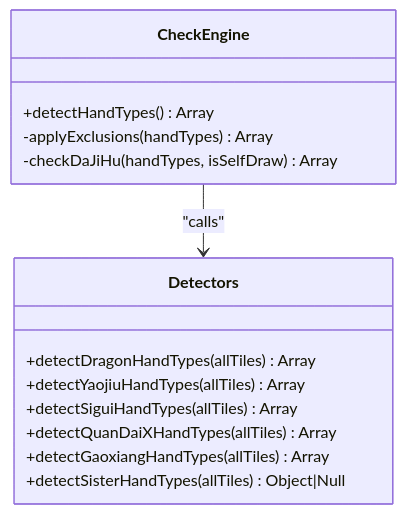
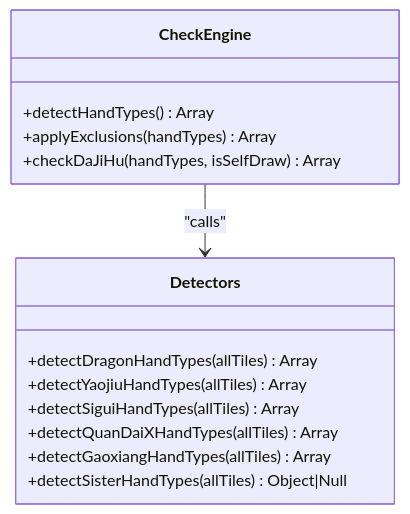
Before and after one commit to stc05168/ov-mj-calculator: the fifth of 5 diagrams in .qoder/repowiki/en/content/Development Guide/Development Guide.md, drawn with Mermaid. The commit also changed other lines of this file and 69 other files, not shown here.

````diff
--- a/.qoder/repowiki/en/content/Development Guide/Development Guide.md
+++ b/.qoder/repowiki/en/content/Development Guide/Development Guide.md
@@ -214,17 +295,17 @@
 ```mermaid
 classDiagram
 class CheckEngine {
 +detectHandTypes() Array
--applyExclusions(handTypes) Array
--checkDaJiHu(handTypes, isSelfDraw) Array
++applyExclusions(handTypes) Array
++checkDaJiHu(handTypes, isSelfDraw) Array
 }
 class Detectors {
 +detectDragonHandTypes(allTiles) Array
 +detectYaojiuHandTypes(allTiles) Array
 +detectSiguiHandTypes(allTiles) Array
 +detectQuanDaiXHandTypes(allTiles) Array
 +detectGaoxiangHandTypes(allTiles) Array
 +detectSisterHandTypes(allTiles) Object|Null
 }
 CheckEngine --> Detectors : "calls"
 ```
````
